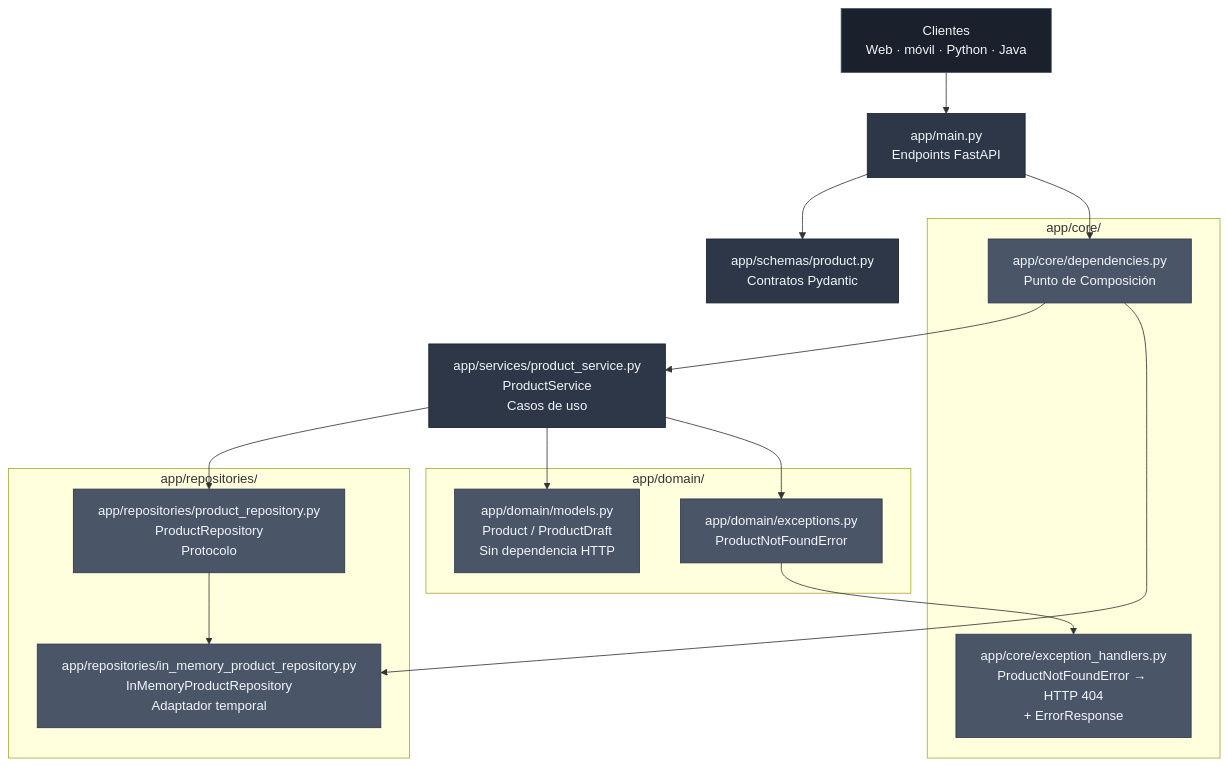
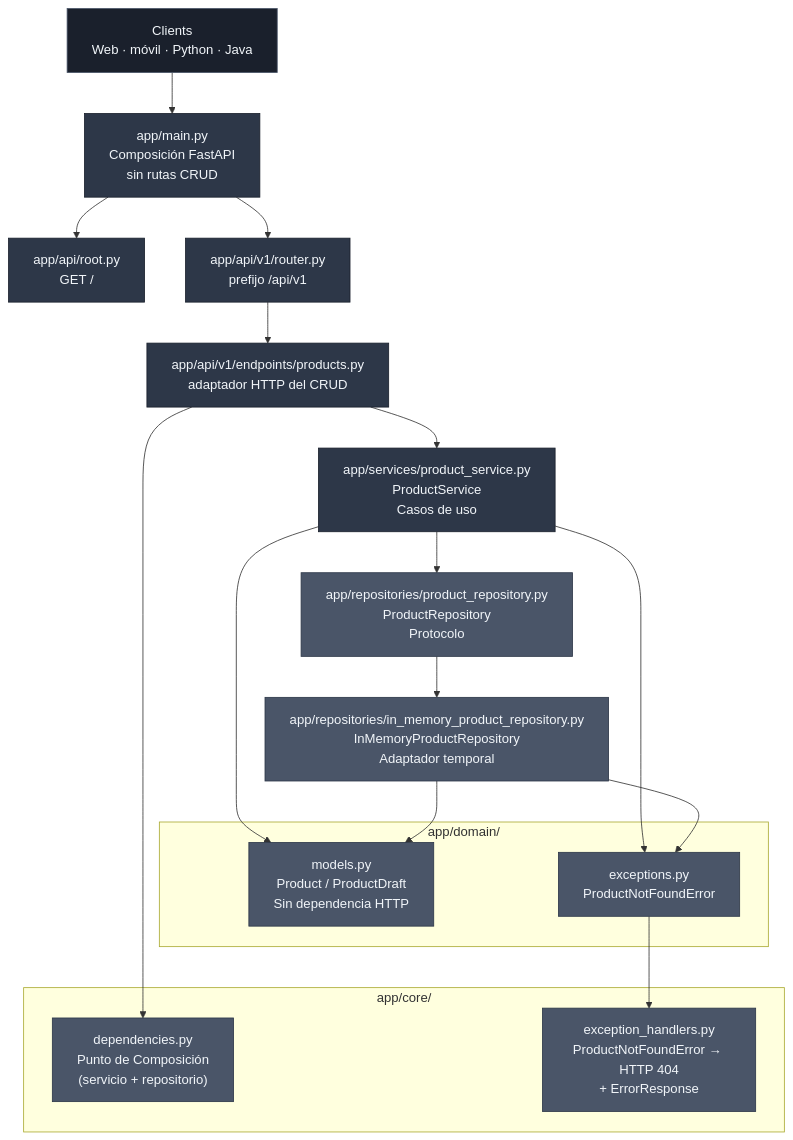
The diagram in README.md (LenninTemoche/FastAPI-AI-integration-basic), drawn with Mermaid before and after one commit. The commit also changed other lines of this file and 15 other files, not shown here.

Commit message:
refactor: modularize product API routes and docs/

````diff
--- a/README.md
+++ b/README.md
@@ -28,40 +28,40 @@
 ```mermaid
 flowchart TD
-    CLIENT[Clientes<br/>Web · móvil · Python · Java] --> API[app/main.py<br/>Endpoints FastAPI]
-    API --> SCH[app/schemas/product.py<br/>Contratos Pydantic]
-    API --> DEPS[app/core/dependencies.py<br/>Punto de Composición]
-    DEPS --> SVC[app/services/product_service.py<br/>ProductService<br/>Casos de uso]
-    DEPS --> REPO_IMPL[app/repositories/in_memory_product_repository.py<br/>InMemoryProductRepository<br/>Adaptador temporal]
+    CLIENT[Clients<br/>Web · móvil · Python · Java] --> MAIN[app/main.py<br/>Composición FastAPI<br/>sin rutas CRUD]
+    MAIN --> ROOT[app/api/root.py<br/>GET /]
+    MAIN --> V1[app/api/v1/router.py<br/>prefijo /api/v1]
+    V1 --> PROD[app/api/v1/endpoints/products.py<br/>adaptador HTTP del CRUD]
+    PROD --> SVC[app/services/product_service.py<br/>ProductService<br/>Casos de uso]
     SVC --> REPO_PROTO[app/repositories/product_repository.py<br/>ProductRepository<br/>Protocolo]
-    SVC --> MODELS[app/domain/models.py<br/>Product / ProductDraft<br/>Sin dependencia HTTP]
-
-    subgraph REP["app/repositories/"]
-        REPO_PROTO
-        REPO_IMPL
-    end
+    REPO_PROTO --> REPO_IMPL[app/repositories/in_memory_product_repository.py<br/>InMemoryProductRepository<br/>Adaptador temporal]
 
     subgraph DOM["app/domain/"]
-        MODELS
-        EXC[app/domain/exceptions.py<br/>ProductNotFoundError]
+        MODELS["models.py<br/>Product / ProductDraft<br/>Sin dependencia HTTP"]
+        EXC["exceptions.py<br/>ProductNotFoundError"]
     end
 
     subgraph CORE["app/core/"]
-        DEPS
-        ERR[app/core/exception_handlers.py<br/>ProductNotFoundError → HTTP 404<br/>+ ErrorResponse]
+        DEPS["dependencies.py<br/>Punto de Composición<br/>(servicio + repositorio)"]
+        ERR["exception_handlers.py<br/>ProductNotFoundError → HTTP 404<br/>+ ErrorResponse"]
     end
 
-    REPO_PROTO --> REPO_IMPL
+    PROD --> DEPS
+    SVC --> MODELS
     SVC --> EXC
     EXC --> ERR
+    REPO_IMPL --> MODELS
+    REPO_IMPL --> EXC
 
     style CLIENT fill:#1a202c,stroke:#4a5568,color:#f1f5f9
-    style API fill:#2d3748,stroke:#1a202c,color:#f1f5f9
-    style SCH fill:#2d3748,stroke:#1a202c,color:#f1f5f9
+    style MAIN fill:#2d3748,stroke:#1a202c,color:#f1f5f9
+    style ROOT fill:#2d3748,stroke:#1a202c,color:#f1f5f9
+    style V1 fill:#2d3748,stroke:#1a202c,color:#f1f5f9
+    style PROD fill:#2d3748,stroke:#1a202c,color:#f1f5f9
     style SVC fill:#2d3748,stroke:#1a202c,color:#f1f5f9
     style REPO_PROTO fill:#4a5568,stroke:#2d3748,color:#f1f5f9
     style REPO_IMPL fill:#4a5568,stroke:#2d3748,color:#f1f5f9
     style MODELS fill:#4a5568,stroke:#2d3748,color:#f1f5f9
     style EXC fill:#4a5568,stroke:#2d3748,color:#f1f5f9
     style ERR fill:#4a5568,stroke:#2d3748,color:#f1f5f9
     style DEPS fill:#4a5568,stroke:#2d3748,color:#f1f5f9
 ```
````
